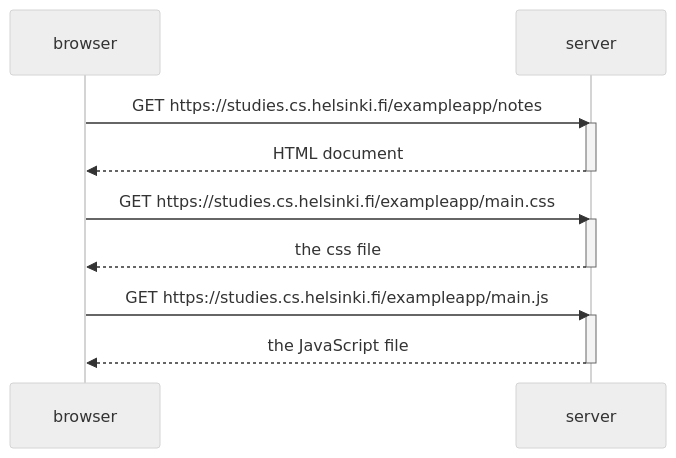
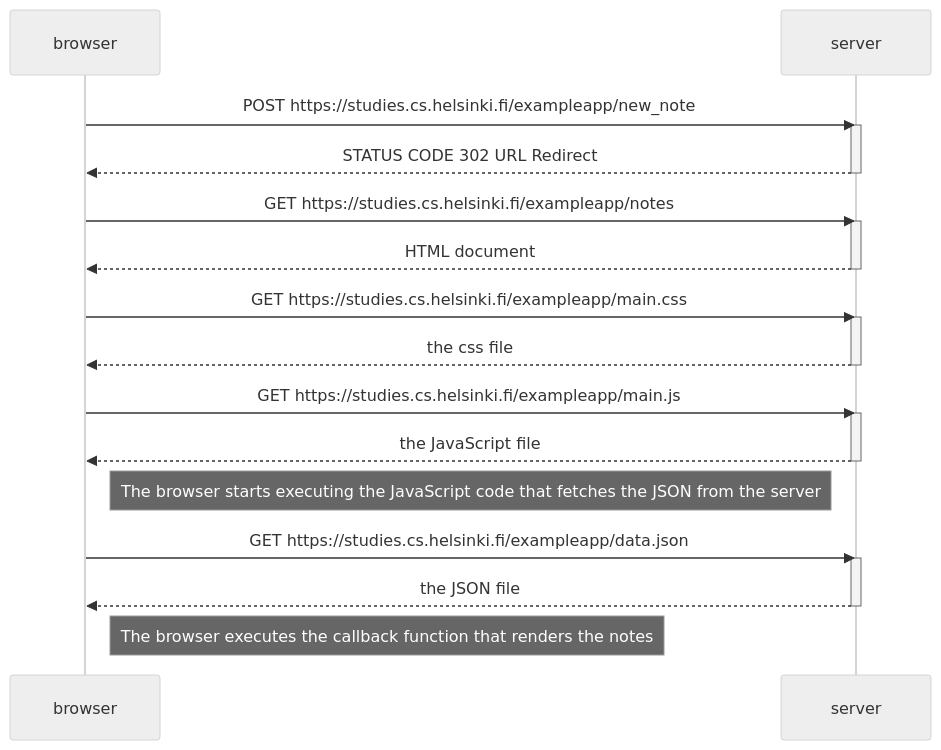
One commit to vasovic-d/Full-Stack-Open changed the diagram in part0/0_4.md. Above: the diagram before and after it, drawn with Mermaid (neutral theme).

````diff
--- a/part0/0_4.md
+++ b/part0/0_4.md
@@ -1,20 +1,34 @@
 ```mermaid
 sequenceDiagram
     participant browser
     participant server
+
+    browser->>server: POST https://studies.cs.helsinki.fi/exampleapp/new_note
+    activate server
+    server-->>browser: STATUS CODE 302 URL Redirect
+    deactivate server 
 
     browser->>server: GET https://studies.cs.helsinki.fi/exampleapp/notes
     activate server
     server-->>browser: HTML document
     deactivate server
 
     browser->>server: GET https://studies.cs.helsinki.fi/exampleapp/main.css
     activate server
     server-->>browser: the css file
     deactivate server
 
     browser->>server: GET https://studies.cs.helsinki.fi/exampleapp/main.js
     activate server
     server-->>browser: the JavaScript file
     deactivate server
+
+    Note right of browser: The browser starts executing the JavaScript code that fetches the JSON from the server
+
+    browser->>server: GET https://studies.cs.helsinki.fi/exampleapp/data.json
+    activate server
+    server-->>browser: the JSON file
+    deactivate server
+
+    Note right of browser: The browser executes the callback function that renders the notes
 ```
````
